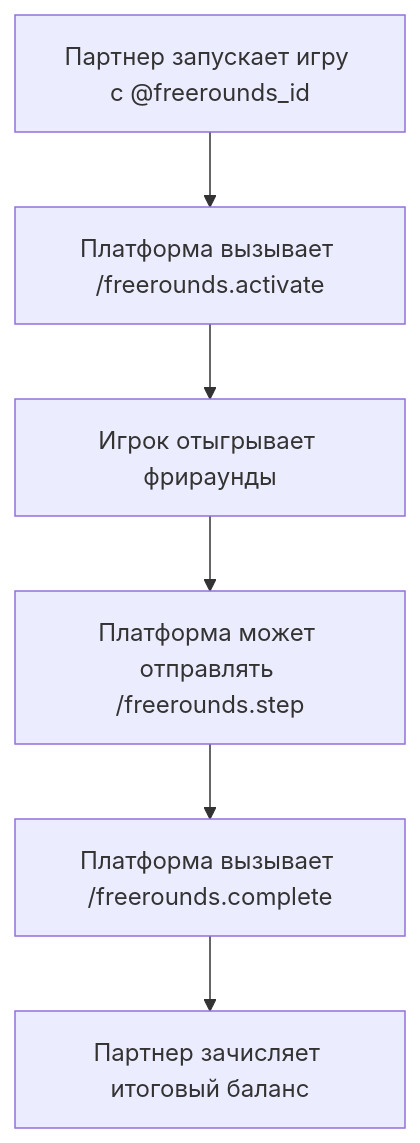
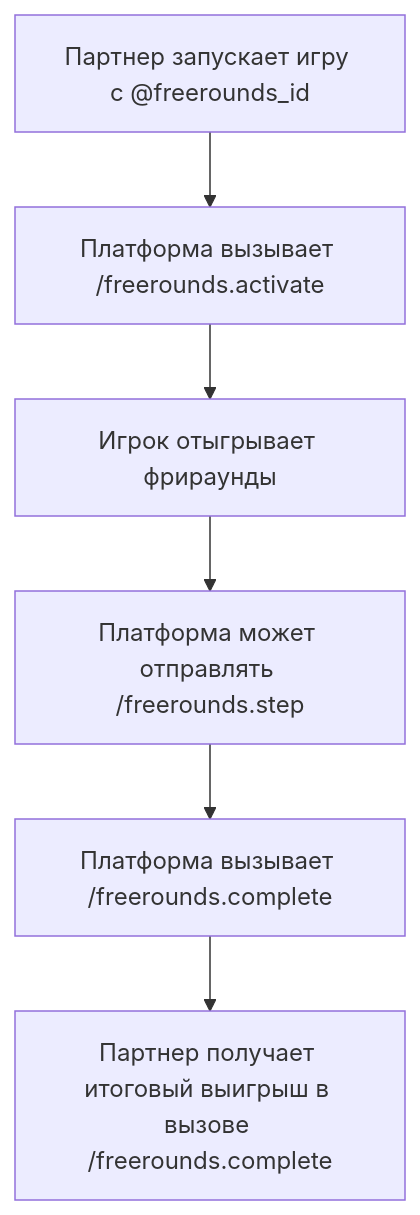
Before and after one commit to alexgoodman53/casino: the sixth of 6 diagrams in API_Treasure-prune.md, drawn with Mermaid. The commit also changed other lines of this file, not shown here.

````diff
--- a/API_Treasure-prune.md
+++ b/API_Treasure-prune.md
@@ -1013,8 +1016,8 @@
 ```mermaid
 flowchart TD
     A["Партнер запускает игру с @freerounds_id"] --> B["Платформа вызывает /freerounds.activate"]
     B --> C["Игрок отыгрывает фрираунды"]
     C --> D["Платформа может отправлять /freerounds.step"]
     D --> E["Платформа вызывает /freerounds.complete"]
-    E --> F["Партнер зачисляет итоговый баланс"]
+    E --> F["Партнер получает итоговый выигрыш в вызове /freerounds.complete"]
 ```
````
